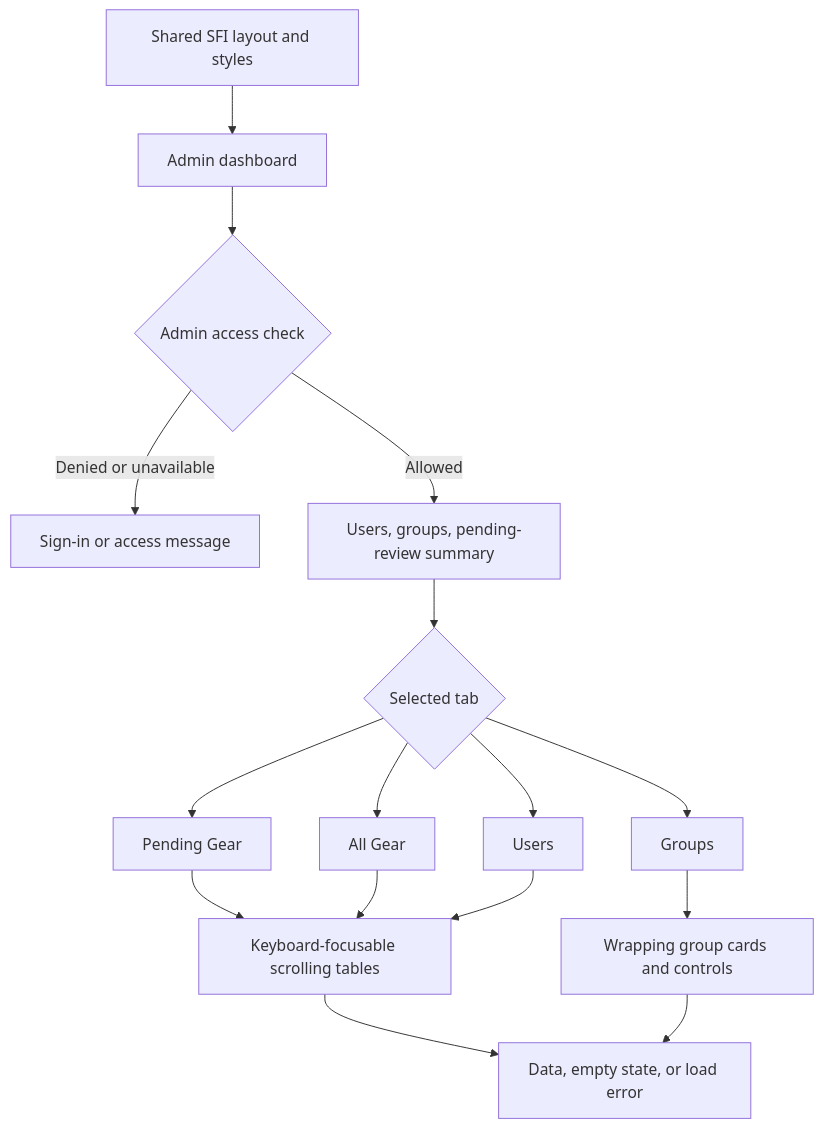
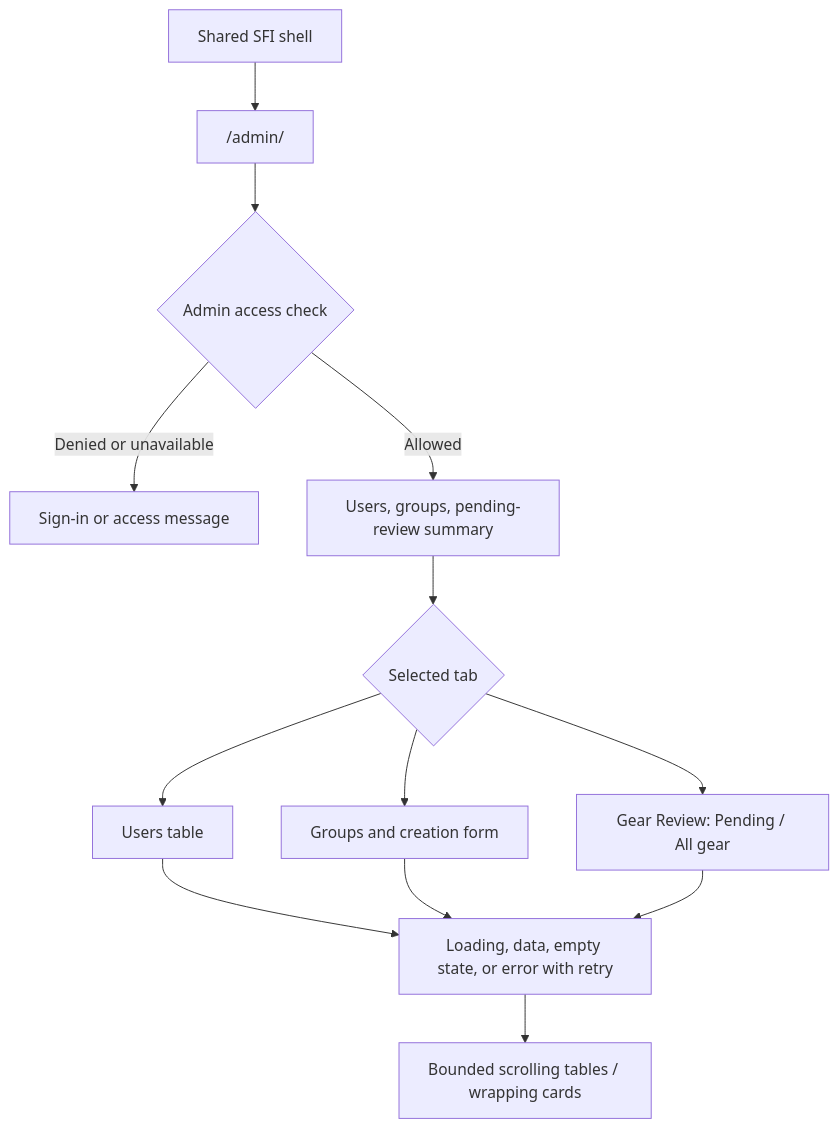
Before and after one commit to SFI-Foundation/Frontend: the diagram in docs/admin-dashboard.md, drawn with Mermaid. The commit also changed other lines of this file and 4 other files, not shown here.

Commit message:
feat: improve SFI admin dashboard layout and UX (#2)

````diff
--- a/docs/admin-dashboard.md
+++ b/docs/admin-dashboard.md
@@ -7,15 +36,13 @@
 ```mermaid
 flowchart TD
-    L["Shared SFI layout and styles"] --> D["Admin dashboard"]
+    L["Shared SFI shell"] --> D["/admin/"]
     D --> A{"Admin access check"}
     A -->|Denied or unavailable| G["Sign-in or access message"]
     A -->|Allowed| S["Users, groups, pending-review summary"]
     S --> T{"Selected tab"}
-    T --> P["Pending Gear"]
-    T --> R["All Gear"]
-    T --> U["Users"]
-    T --> C["Groups"]
-    P & R & U --> W["Keyboard-focusable scrolling tables"]
-    C --> F["Wrapping group cards and controls"]
-    W & F --> E["Data, empty state, or load error"]
+    T --> U["Users table"]
+    T --> C["Groups and creation form"]
+    T --> R["Gear Review: Pending / All gear"]
+    U & C & R --> V["Loading, data, empty state, or error with retry"]
+    V --> M["Bounded scrolling tables / wrapping cards"]
 ```
````
